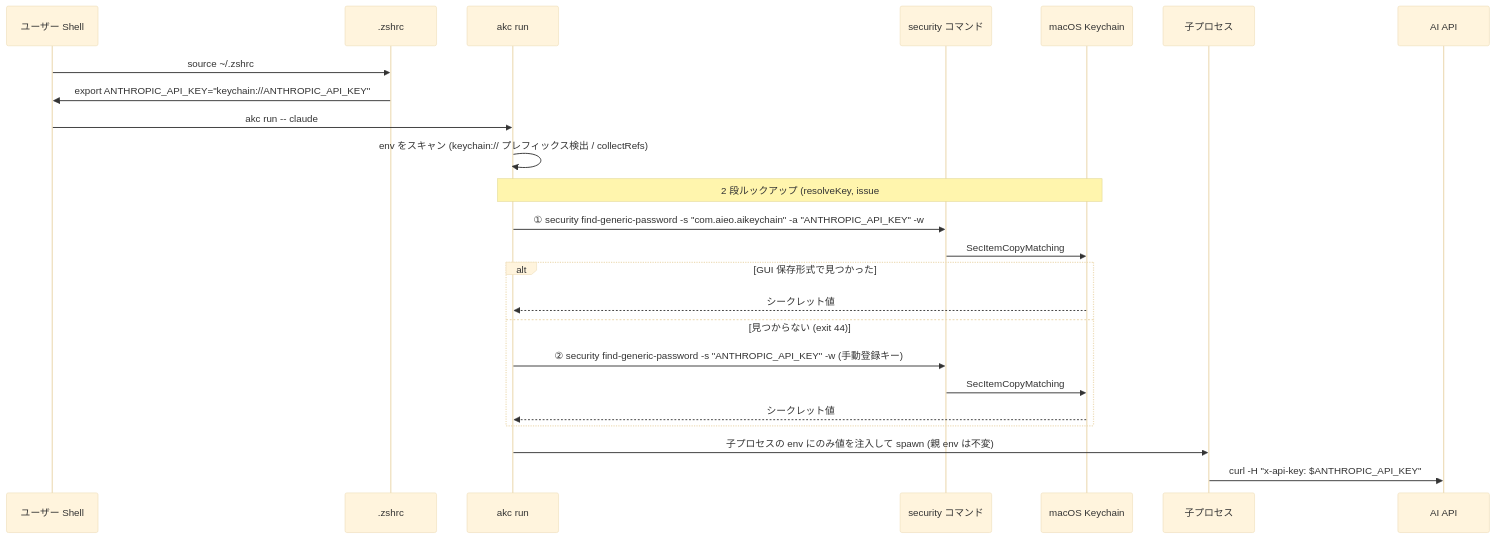
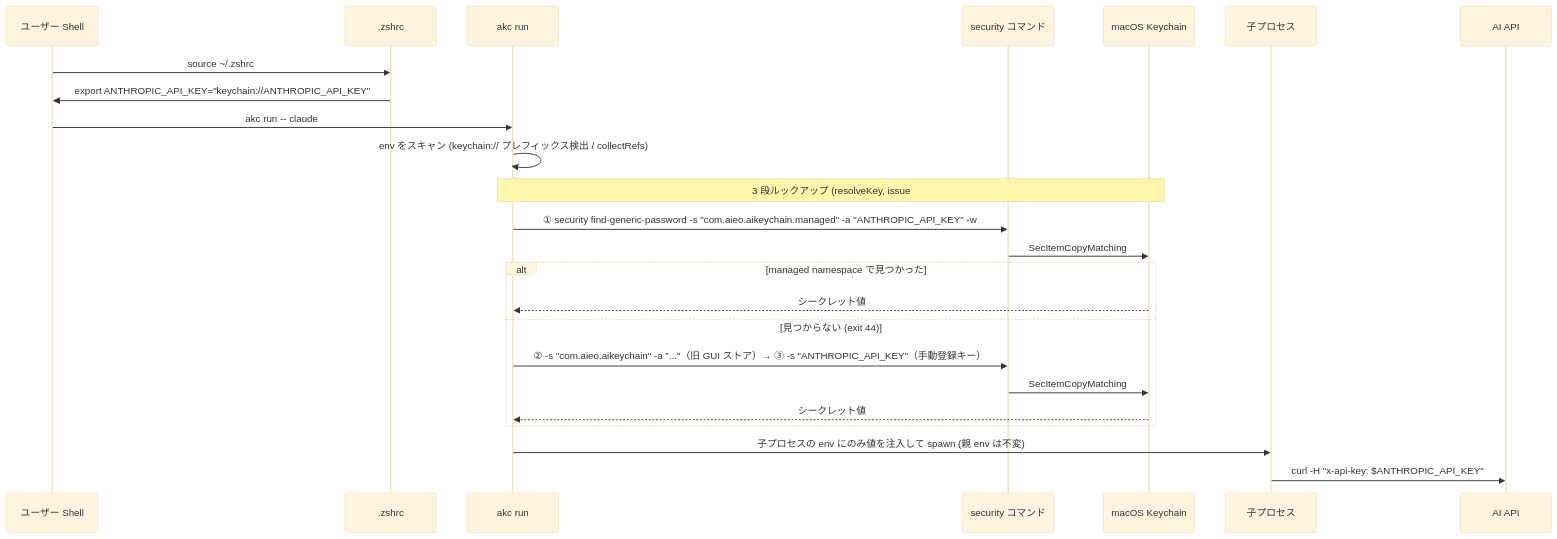
The third of 6 diagrams in docs/design/architecture.md (aieo-product/AIkeychain), drawn with Mermaid (base theme) before and after one commit. The commit also changed other lines of this file and 10 other files, not shown here.

````diff
--- a/docs/design/architecture.md
+++ b/docs/design/architecture.md
@@ -104,27 +104,27 @@
 ```mermaid
 sequenceDiagram
     participant Shell as ユーザー Shell
     participant Zshrc as .zshrc
     participant Akc as akc run
     participant Security as security コマンド
     participant Keychain as macOS Keychain
     participant Child as 子プロセス
     participant API as AI API
 
     Shell->>Zshrc: source ~/.zshrc
     Zshrc->>Shell: export ANTHROPIC_API_KEY="keychain://ANTHROPIC_API_KEY"
     Shell->>Akc: akc run -- claude
     Akc->>Akc: env をスキャン (keychain:// プレフィックス検出 / collectRefs)
-    Note over Akc,Keychain: 2 段ルックアップ (resolveKey, issue #91)
-    Akc->>Security: ① security find-generic-password -s "com.aieo.aikeychain" -a "ANTHROPIC_API_KEY" -w
+    Note over Akc,Keychain: 3 段ルックアップ (resolveKey, issue #91/#167)
+    Akc->>Security: ① security find-generic-password -s "com.aieo.aikeychain.managed" -a "ANTHROPIC_API_KEY" -w
     Security->>Keychain: SecItemCopyMatching
-    alt GUI 保存形式で見つかった
+    alt managed namespace で見つかった
         Keychain-->>Akc: シークレット値
     else 見つからない (exit 44)
-        Akc->>Security: ② security find-generic-password -s "ANTHROPIC_API_KEY" -w (手動登録キー)
+        Akc->>Security: ② -s "com.aieo.aikeychain" -a "..."（旧 GUI ストア）→ ③ -s "ANTHROPIC_API_KEY"（手動登録キー）
         Security->>Keychain: SecItemCopyMatching
         Keychain-->>Akc: シークレット値
     end
     Akc->>Child: 子プロセスの env にのみ値を注入して spawn (親 env は不変)
     Child->>API: curl -H "x-api-key: $ANTHROPIC_API_KEY"
 ```
````
